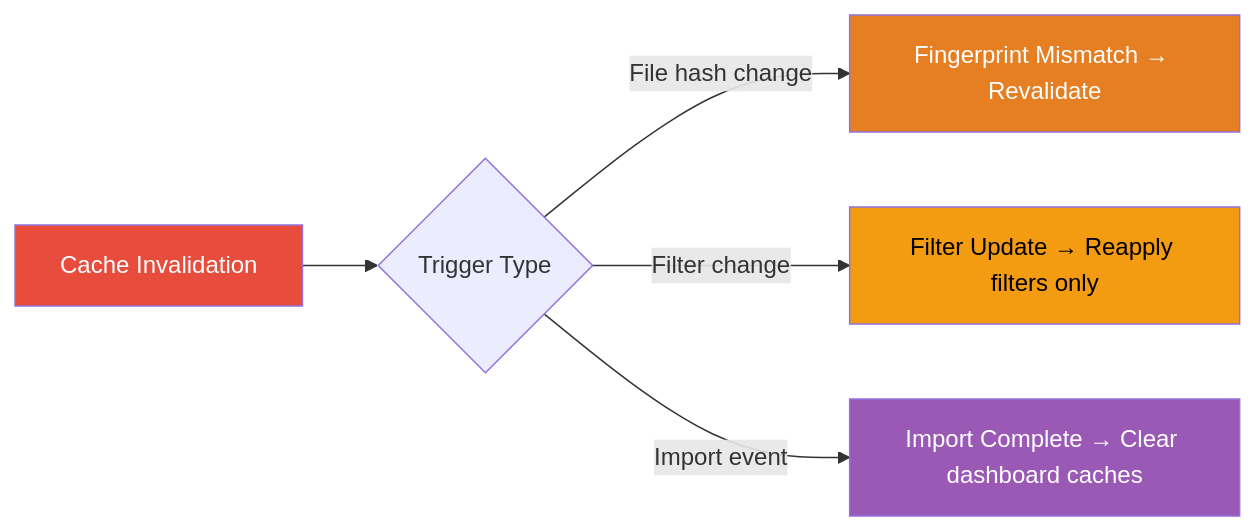
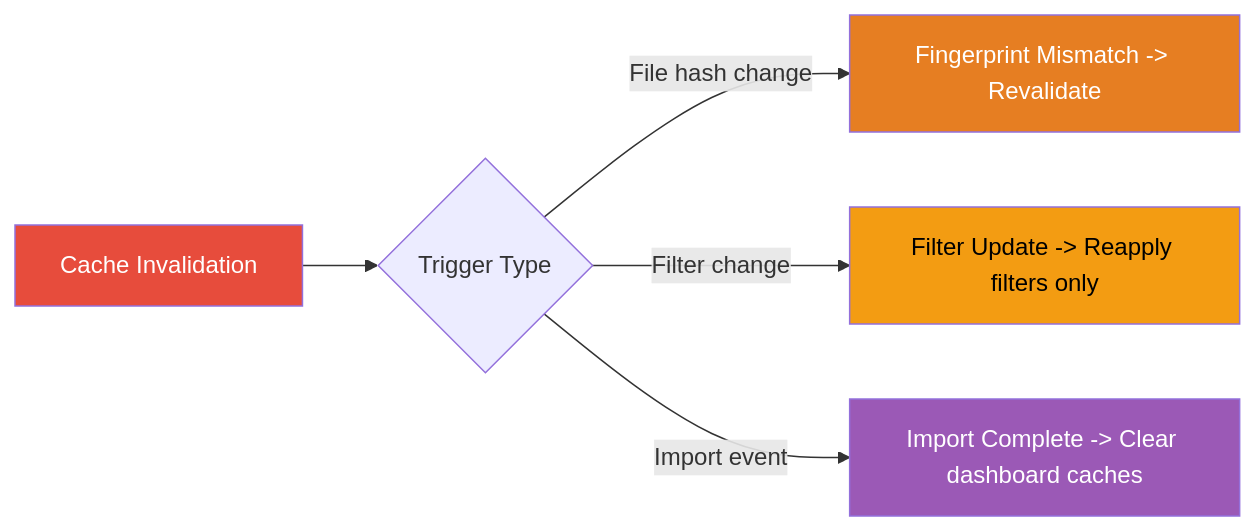
Before and after one commit to aajay101/DADV-Project: the second of 2 diagrams in docs/diagrams/data_pipeline.md, drawn with Mermaid. The commit also changed other lines of this file and 6 other files, not shown here.

````diff
--- a/docs/diagrams/data_pipeline.md
+++ b/docs/diagrams/data_pipeline.md
@@ -95,12 +95,12 @@
 ```mermaid
 flowchart LR
     Trigger[Cache Invalidation] --> Type{Trigger Type}
-    Type -->|File hash change| Fingerprint[Fingerprint Mismatch → Revalidate]
-    Type -->|Filter change| Filter[Filter Update → Reapply filters only]
-    Type -->|Import event| Import[Import Complete → Clear dashboard caches]
+    Type -->|"File hash change"| Fingerprint["Fingerprint Mismatch -> Revalidate"]
+    Type -->|"Filter change"| Filter["Filter Update -> Reapply filters only"]
+    Type -->|"Import event"| Import["Import Complete -> Clear dashboard caches"]
     
     style Trigger fill:#E74C3C,color:#fff
     style Fingerprint fill:#E67E22,color:#fff
     style Filter fill:#F39C12,color:#000
     style Import fill:#9B59B6,color:#fff
 ```
````
